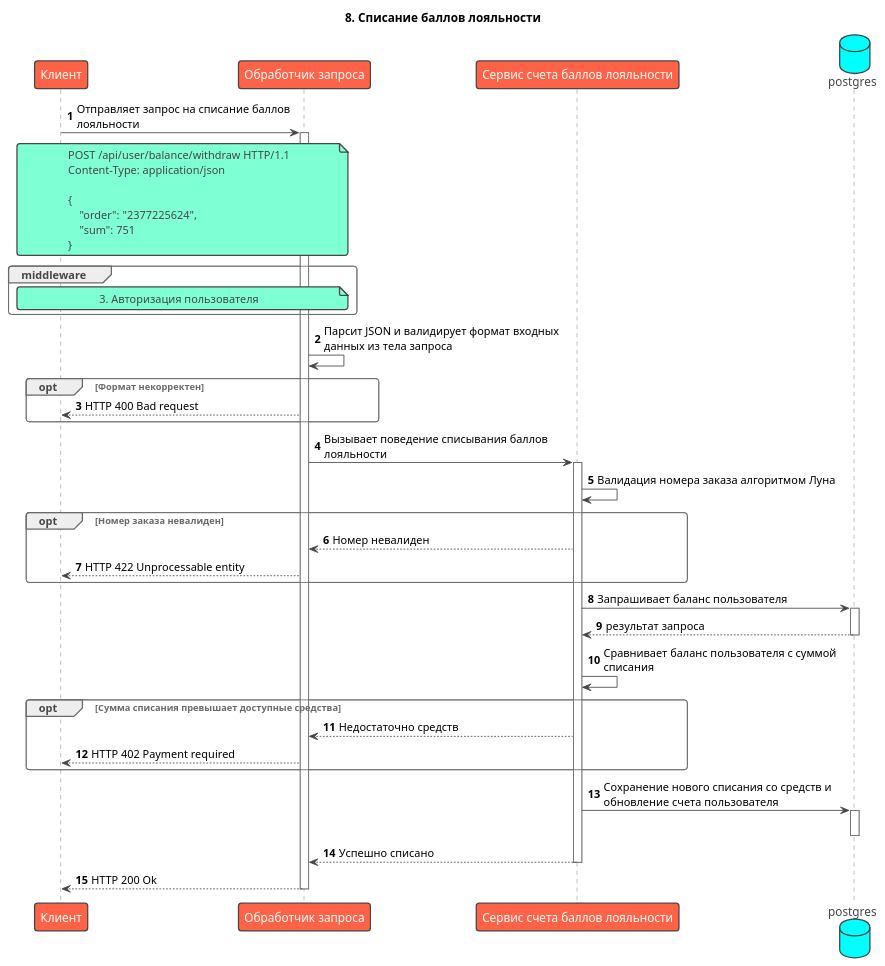
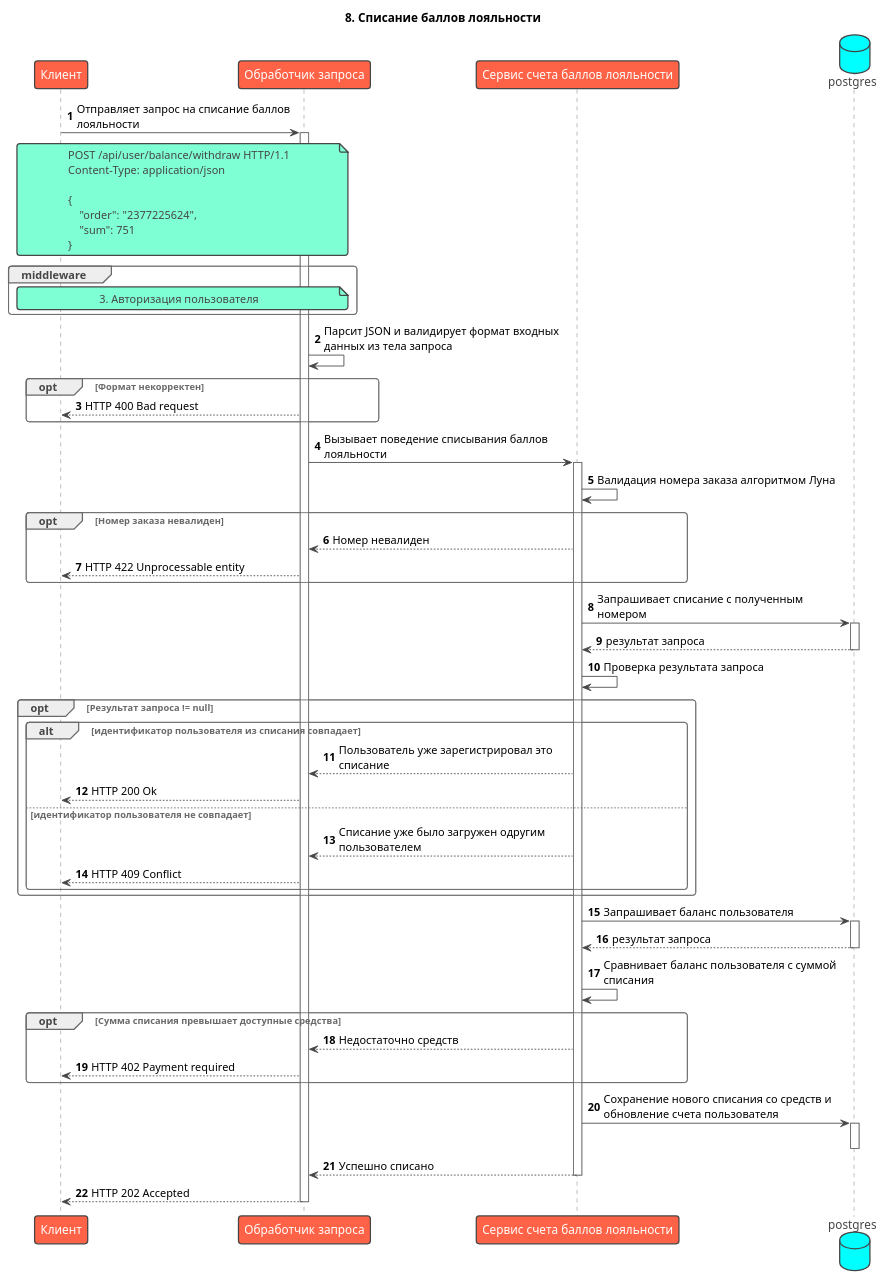
The diagram in docs/c4/4_code/8_withdraw.puml (Nickolasll/gomart), drawn with PlantUML before and after one commit. The commit also changed 25 other files, not shown here.

```diff
--- a/docs/c4/4_code/8_withdraw.puml
+++ b/docs/c4/4_code/8_withdraw.puml
@@ -1,50 +1,64 @@
 @startuml
 !theme vibrant
 title: 8. Списание баллов лояльности
 skinparam maxMessageSize 300
 autonumber
 
 participant "Клиент" as client
 participant "Обработчик запроса" as handler
 participant "Сервис счета баллов лояльности" as balance
 database "postgres" as db
 
 client -> handler ++ : Отправляет запрос на списание баллов лояльности
 note over client, handler
     POST /api/user/balance/withdraw HTTP/1.1
     Content-Type: application/json
 
     {
         "order": "2377225624",
         "sum": 751
     }  
 end note
 
 group middleware
 note over client, handler: 3. Авторизация пользователя
 end group
 
 handler -> handler : Парсит JSON и валидирует формат входных данных из тела запроса
 opt Формат некорректен
     handler --> client: HTTP 400 Bad request
 end
 
 handler -> balance ++ : Вызывает поведение списывания баллов лояльности
 balance -> balance: Валидация номера заказа алгоритмом Луна
 opt Номер заказа невалиден
     balance --> handler: Номер невалиден
     handler --> client: HTTP 422 Unprocessable entity
 end
 
+balance -> db ++ : Запрашивает списание с полученным номером
+return результат запроса
+
+balance -> balance: Проверка результата запроса
+opt Результат запроса != null
+    alt идентификатор пользователя из списания совпадает
+        balance --> handler: Пользователь уже зарегистрировал это списание
+        handler --> client: HTTP 200 Ok
+    else идентификатор пользователя не совпадает
+        balance --> handler: Списание уже было загружен одругим пользователем
+        handler --> client: HTTP 409 Conflict
+    end
+end
+
 balance -> db ++ : Запрашивает баланс пользователя
 return результат запроса
 balance -> balance: Сравнивает баланс пользователя с суммой списания
 opt Сумма списания превышает доступные средства
     balance --> handler: Недостаточно средств
     handler --> client: HTTP 402 Payment required
 end
     balance -> db ++ : Сохранение нового списания со средств и обновление счета пользователя
     deactivate db
 return Успешно списано
-return HTTP 200 Ok
+return HTTP 202 Accepted
 @enduml
```
